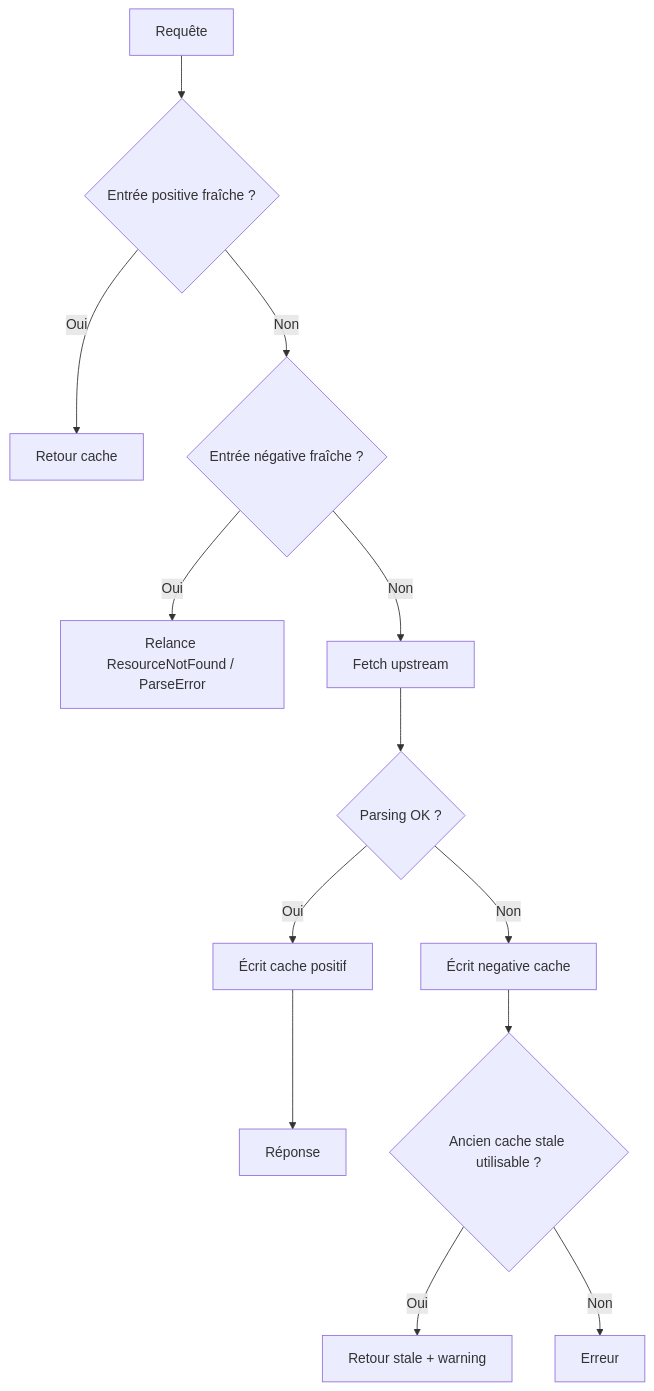
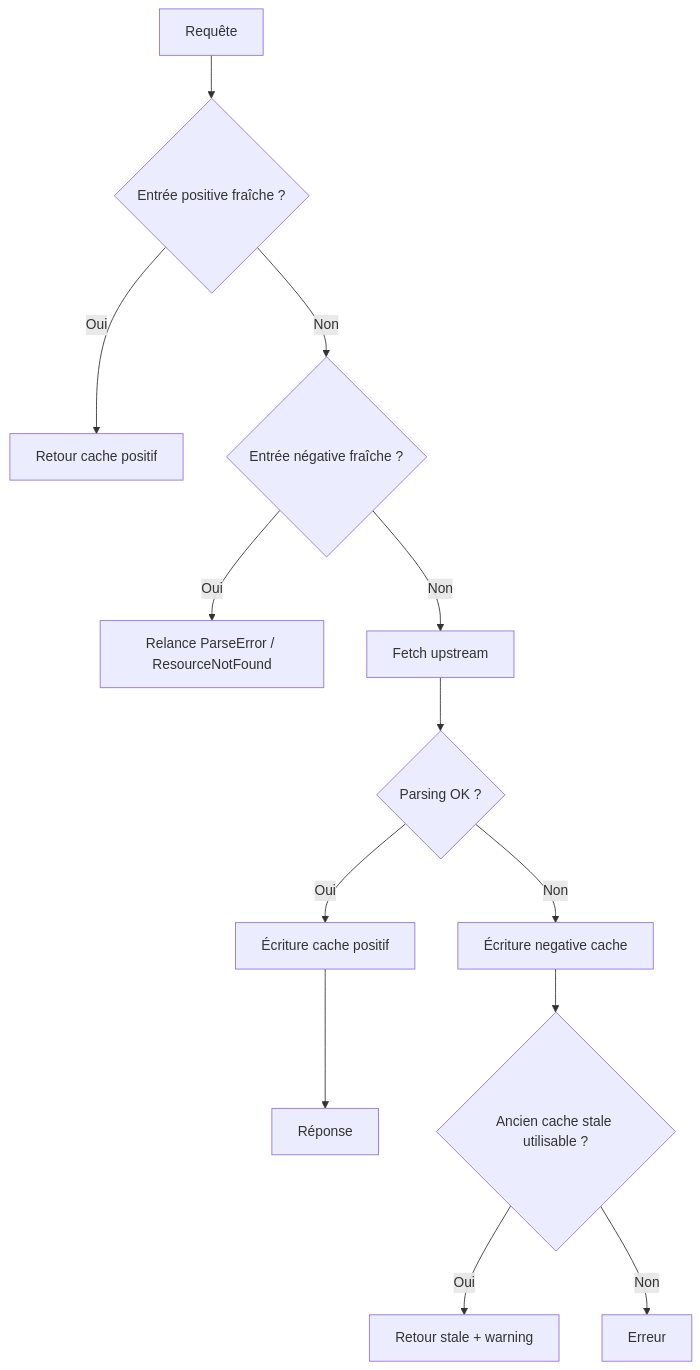
One commit to Hitman47/APIManga_News changed the second of 2 diagrams in docs/ARCHITECTURE.md. Above: the diagram before and after it, drawn with Mermaid. The commit also changed other lines of this file and 11 other files, not shown here.

````diff
--- a/docs/ARCHITECTURE.md
+++ b/docs/ARCHITECTURE.md
@@ -51,15 +52,15 @@
 ```mermaid
 flowchart TD
     A[Requête] --> B{Entrée positive fraîche ?}
-    B -- Oui --> C[Retour cache]
+    B -- Oui --> C[Retour cache positif]
     B -- Non --> D{Entrée négative fraîche ?}
-    D -- Oui --> E[Relance ResourceNotFound / ParseError]
+    D -- Oui --> E[Relance ParseError / ResourceNotFound]
     D -- Non --> F[Fetch upstream]
     F --> G{Parsing OK ?}
-    G -- Oui --> H[Écrit cache positif]
+    G -- Oui --> H[Écriture cache positif]
     H --> I[Réponse]
-    G -- Non --> J[Écrit negative cache]
+    G -- Non --> J[Écriture negative cache]
     J --> K{Ancien cache stale utilisable ?}
     K -- Oui --> L[Retour stale + warning]
     K -- Non --> M[Erreur]
 ```
````
